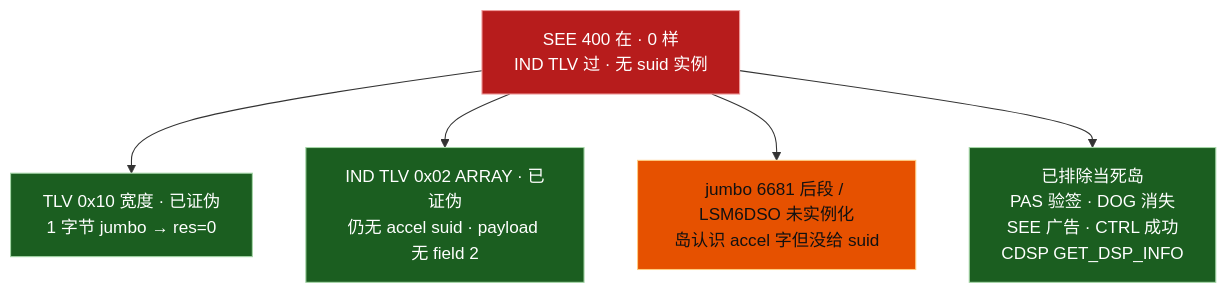
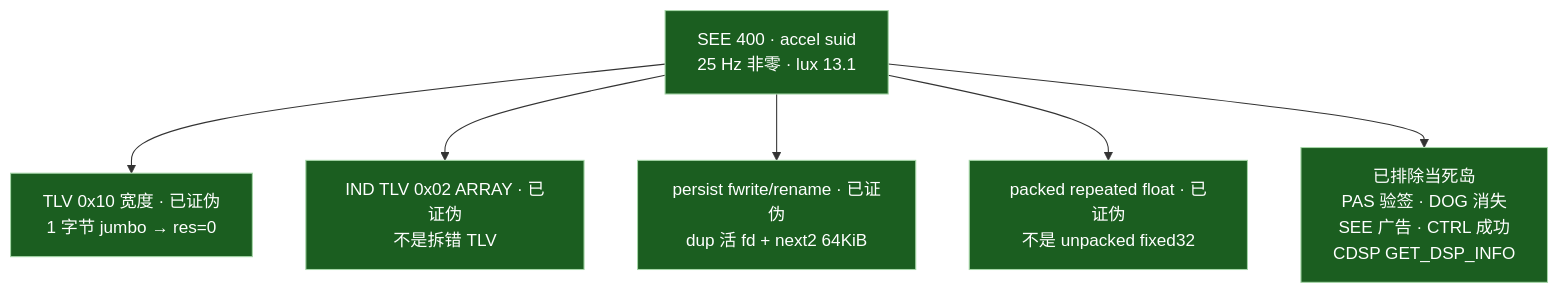
Before and after one commit to Huabin1010/dagu-mainline-linux: the fifth of 5 diagrams in linux-mainline/docs/dagu-dsp-pipeline-status.md, drawn with Mermaid. The commit also changed other lines of this file and 11 other files, not shown here.

````diff
--- a/linux-mainline/docs/dagu-dsp-pipeline-status.md
+++ b/linux-mainline/docs/dagu-dsp-pipeline-status.md
@@ -166,25 +165,20 @@
 ```mermaid
 flowchart TB
-  STUCK["SEE 400 在 · 0 样<br/>IND TLV 过 · 无 suid 实例"]
+  DONE["SEE 400 · accel suid<br/>25 Hz 非零 · lux 13.1"]
 
-  STUCK --> H1
-  STUCK --> H2
-  STUCK --> H3
-  STUCK --> NO
+  DONE --> H1
+  DONE --> H2
+  DONE --> H3
+  DONE --> H4
+  DONE --> NO
 
   H1["TLV 0x10 宽度 · 已证伪<br/>1 字节 jumbo → res=0"]
-  H2["IND TLV 0x02 ARRAY · 已证伪<br/>仍无 accel suid · payload 无 field 2"]
-  H3["jumbo 6681 后段 / LSM6DSO 未实例化<br/>岛认识 accel 字但没给 suid"]
+  H2["IND TLV 0x02 ARRAY · 已证伪<br/>不是拆错 TLV"]
+  H3["persist fwrite/rename · 已证伪<br/>dup 活 fd + next2 64KiB"]
+  H4["packed repeated float · 已证伪<br/>不是 unpacked fixed32"]
   NO["已排除当死岛<br/>PAS 验签 · DOG 消失<br/>SEE 广告 · CTRL 成功<br/>CDSP GET_DSP_INFO"]
 
-  class STUCK stuck
-  class H1 ok
-  class H2 ok
-  class H3 gap
-  class NO ok
+  class DONE,H1,H2,H3,H4,NO ok
 
   classDef ok fill:#1b5e20,stroke:#a5d6a7,color:#fff
-  classDef gap fill:#e65100,stroke:#ffcc80,color:#111
-  classDef stuck fill:#b71c1c,stroke:#ef9a9a,color:#fff
-  classDef later fill:#424242,stroke:#bdbdbd,color:#eee
 ```
````
